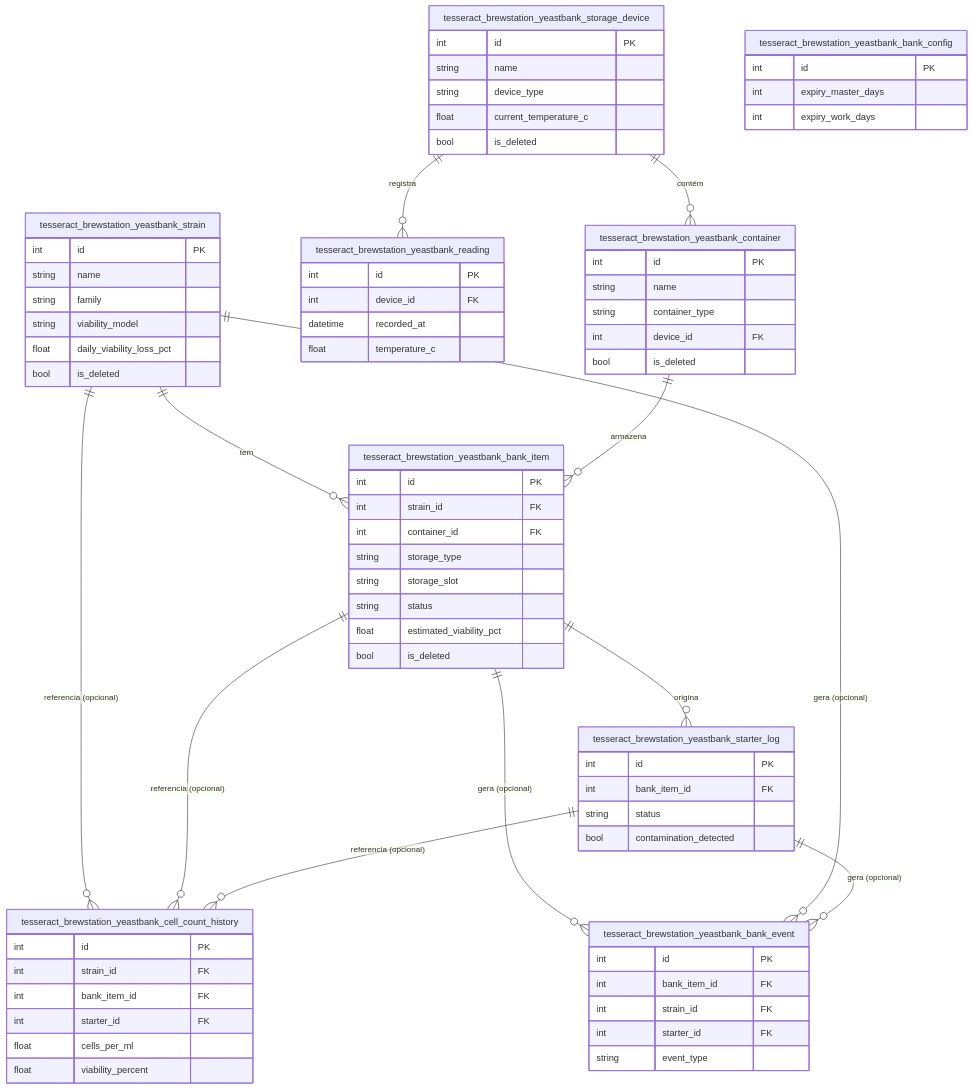
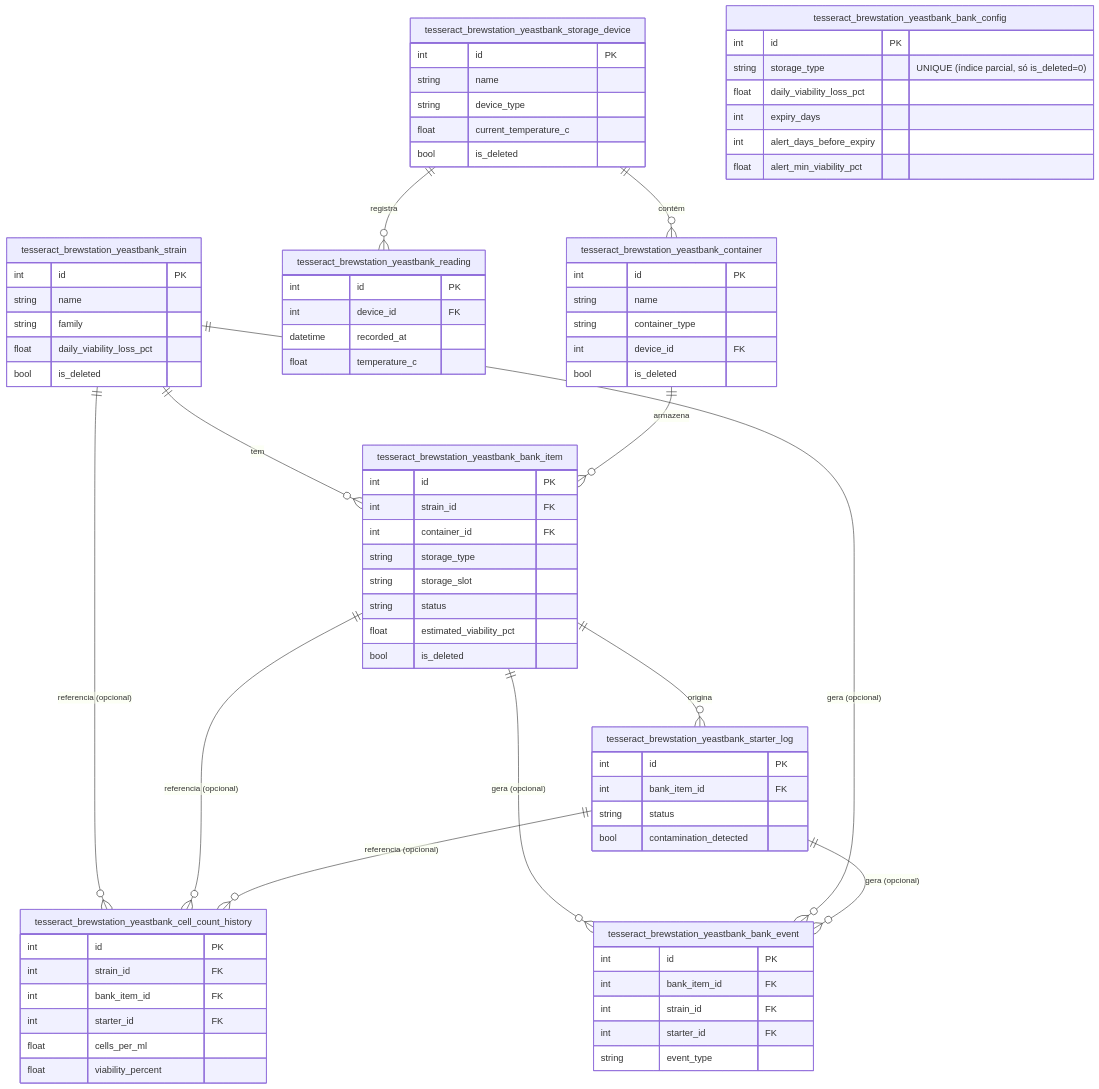
The diagram in addons/addon_brewstation/features/feature_yeast_bank/docs/technical/04-modelo-de-dados.md (ChristopherNicolasSMM/Tesseract), drawn with Mermaid before and after one commit. The commit also changed other lines of this file and 23 other files, not shown here.

First line of the commit message:
feat(yeast_bank): remove viability_model, redesenha bank_config, remove 5 campos vestigiais

````diff
--- a/addons/addon_brewstation/features/feature_yeast_bank/docs/technical/04-modelo-de-dados.md
+++ b/addons/addon_brewstation/features/feature_yeast_bank/docs/technical/04-modelo-de-dados.md
@@ -16,79 +16,81 @@
 ```mermaid
 erDiagram
     tesseract_brewstation_yeastbank_strain ||--o{ tesseract_brewstation_yeastbank_bank_item : "tem"
     tesseract_brewstation_yeastbank_storage_device ||--o{ tesseract_brewstation_yeastbank_reading : "registra"
     tesseract_brewstation_yeastbank_storage_device ||--o{ tesseract_brewstation_yeastbank_container : "contém"
     tesseract_brewstation_yeastbank_container ||--o{ tesseract_brewstation_yeastbank_bank_item : "armazena"
     tesseract_brewstation_yeastbank_bank_item ||--o{ tesseract_brewstation_yeastbank_starter_log : "origina"
     tesseract_brewstation_yeastbank_strain ||--o{ tesseract_brewstation_yeastbank_cell_count_history : "referencia (opcional)"
     tesseract_brewstation_yeastbank_bank_item ||--o{ tesseract_brewstation_yeastbank_cell_count_history : "referencia (opcional)"
     tesseract_brewstation_yeastbank_starter_log ||--o{ tesseract_brewstation_yeastbank_cell_count_history : "referencia (opcional)"
     tesseract_brewstation_yeastbank_bank_item ||--o{ tesseract_brewstation_yeastbank_bank_event : "gera (opcional)"
     tesseract_brewstation_yeastbank_strain ||--o{ tesseract_brewstation_yeastbank_bank_event : "gera (opcional)"
     tesseract_brewstation_yeastbank_starter_log ||--o{ tesseract_brewstation_yeastbank_bank_event : "gera (opcional)"
 
     tesseract_brewstation_yeastbank_strain {
         int id PK
         string name
         string family
-        string viability_model
         float daily_viability_loss_pct
         bool is_deleted
     }
     tesseract_brewstation_yeastbank_storage_device {
         int id PK
         string name
         string device_type
         float current_temperature_c
         bool is_deleted
     }
     tesseract_brewstation_yeastbank_reading {
         int id PK
         int device_id FK
         datetime recorded_at
         float temperature_c
     }
     tesseract_brewstation_yeastbank_container {
         int id PK
         string name
         string container_type
         int device_id FK
         bool is_deleted
     }
     tesseract_brewstation_yeastbank_bank_item {
         int id PK
         int strain_id FK
         int container_id FK
         string storage_type
         string storage_slot
         string status
         float estimated_viability_pct
         bool is_deleted
     }
     tesseract_brewstation_yeastbank_starter_log {
         int id PK
         int bank_item_id FK
         string status
         bool contamination_detected
     }
     tesseract_brewstation_yeastbank_cell_count_history {
         int id PK
         int strain_id FK
         int bank_item_id FK
         int starter_id FK
         float cells_per_ml
         float viability_percent
     }
     tesseract_brewstation_yeastbank_bank_event {
         int id PK
         int bank_item_id FK
         int strain_id FK
         int starter_id FK
         string event_type
     }
     tesseract_brewstation_yeastbank_bank_config {
         int id PK
-        int expiry_master_days
-        int expiry_work_days
+        string storage_type "UNIQUE (índice parcial, só is_deleted=0)"
+        float daily_viability_loss_pct
+        int expiry_days
+        int alert_days_before_expiry
+        float alert_min_viability_pct
     }
 ```
````
